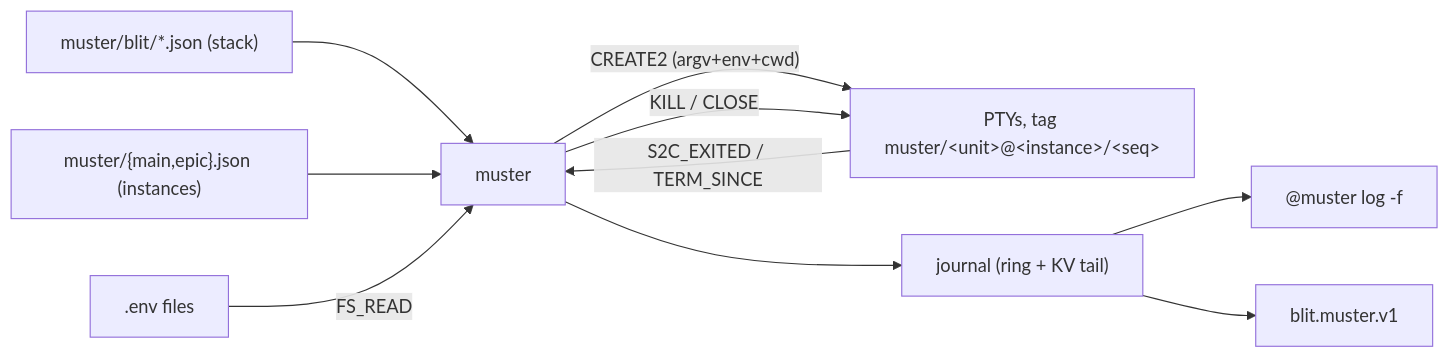
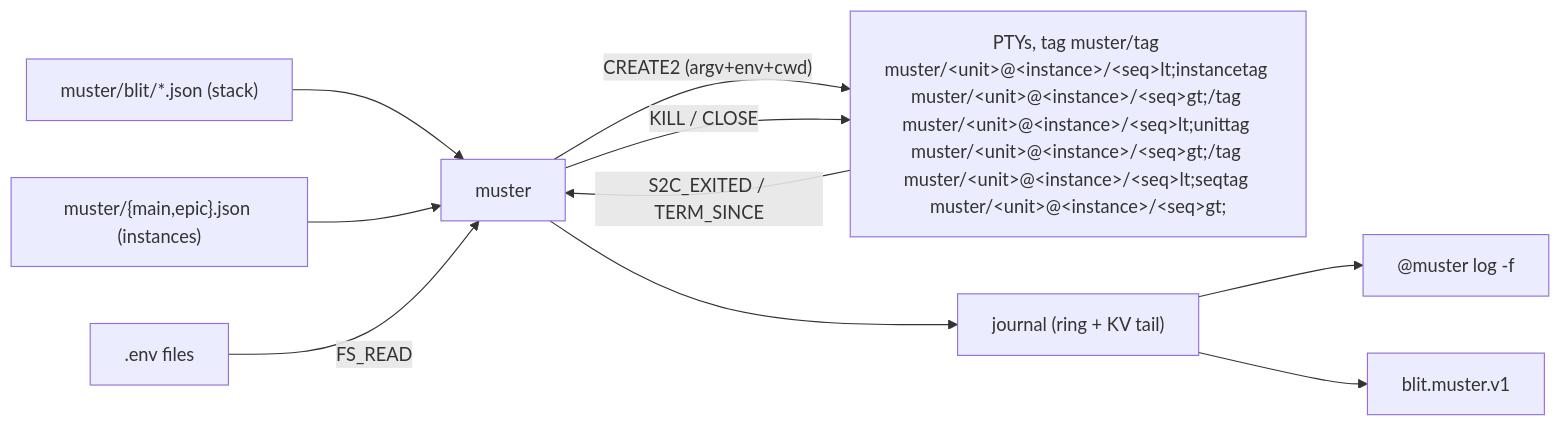
Before and after one commit to indent-com/blit: the diagram in docs/design/muster.md, drawn with Mermaid. The commit also changed other lines of this file, not shown here.

First line of the commit message:
Rename to instance/template in the design too

````diff
--- a/docs/design/muster.md
+++ b/docs/design/muster.md
@@ -21,12 +21,12 @@
 ```mermaid
 flowchart LR
   S["muster/blit/*.json (stack)"] --> M[muster]
   I["muster/{main,epic}.json (instances)"] --> M
   E[".env files"] -->|FS_READ| M
-  M -->|"CREATE2 (argv+env+cwd)"| P["PTYs, tag muster/&lt;unit&gt;@&lt;instance&gt;/&lt;seq&gt;"]
+  M -->|"CREATE2 (argv+env+cwd)"| P["PTYs, tag muster/tag muster/&lt;unit&gt;@&lt;instance&gt;/&lt;seq&gt;lt;instancetag muster/&lt;unit&gt;@&lt;instance&gt;/&lt;seq&gt;gt;/tag muster/&lt;unit&gt;@&lt;instance&gt;/&lt;seq&gt;lt;unittag muster/&lt;unit&gt;@&lt;instance&gt;/&lt;seq&gt;gt;/tag muster/&lt;unit&gt;@&lt;instance&gt;/&lt;seq&gt;lt;seqtag muster/&lt;unit&gt;@&lt;instance&gt;/&lt;seq&gt;gt;"]
   M -->|KILL / CLOSE| P
   P -->|S2C_EXITED / TERM_SINCE| M
   M --> J["journal (ring + KV tail)"]
   J --> C["@muster log -f"]
   J --> B["blit.muster.v1"]
 ```
````
